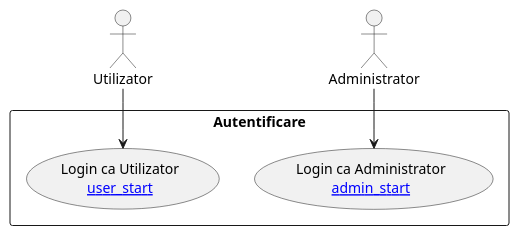
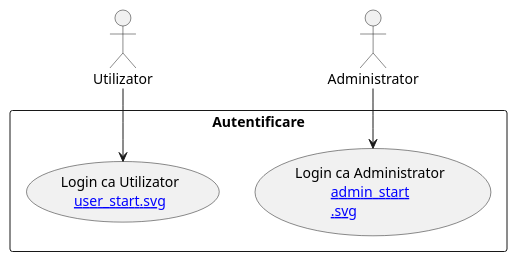
One commit to KMX-Systems/uat changed the diagram in login.puml. Above: the diagram before and after it, drawn with PlantUML. The commit also changed 14 other files, not shown here.

```diff
--- a/login.puml
+++ b/login.puml
@@ -1,12 +1,12 @@
 @startuml
 actor "Utilizator" as user
 actor "Administrator" as admin
 
 rectangle "Autentificare" {
-  usecase "Login ca Utilizator\n[[user_start]]" as UC_1
-  usecase "Login ca Administrator\n[[admin_start\n]]" as UC_2
+  usecase "Login ca Utilizator\n[[user_start.svg]]" as UC_1
+  usecase "Login ca Administrator\n[[admin_start\n.svg]]" as UC_2
 }
 
 user  --> UC_1
 admin --> UC_2
 @enduml
```
